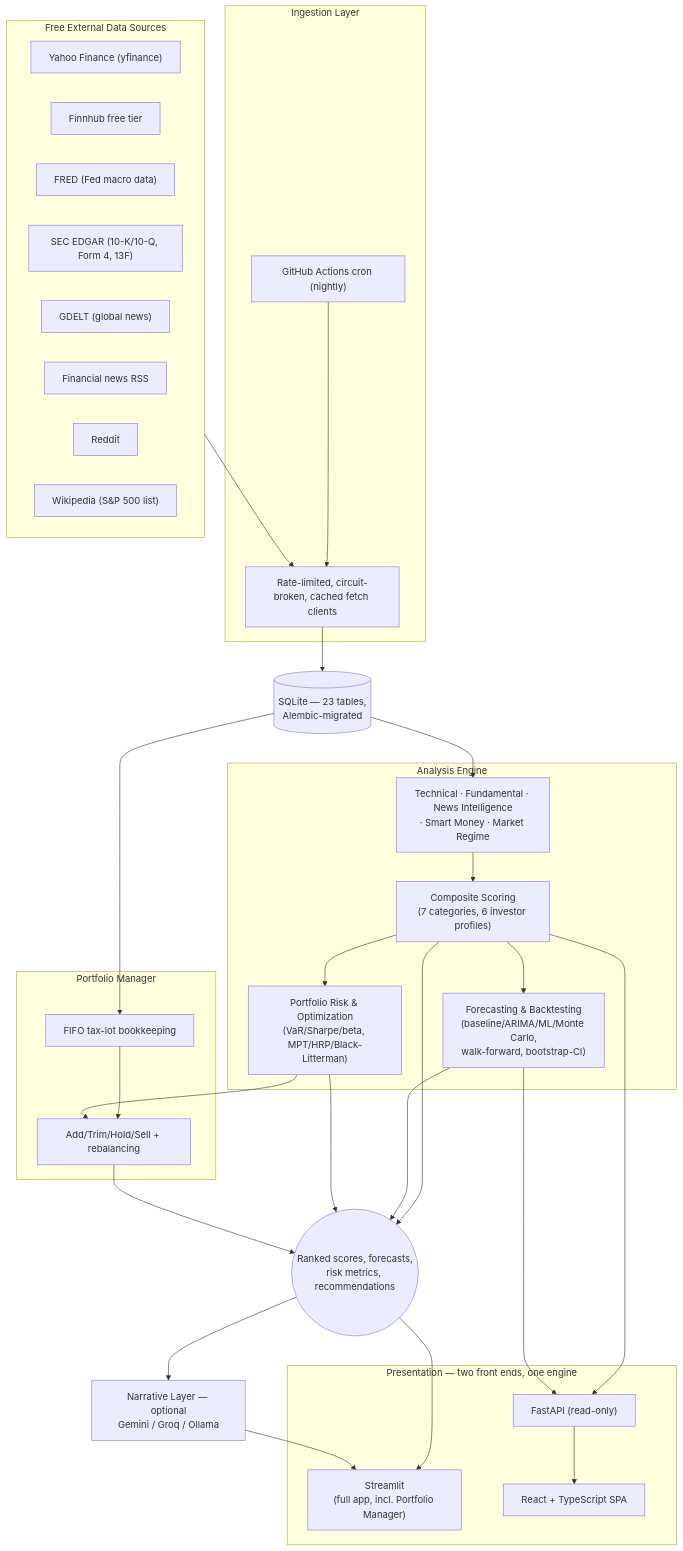
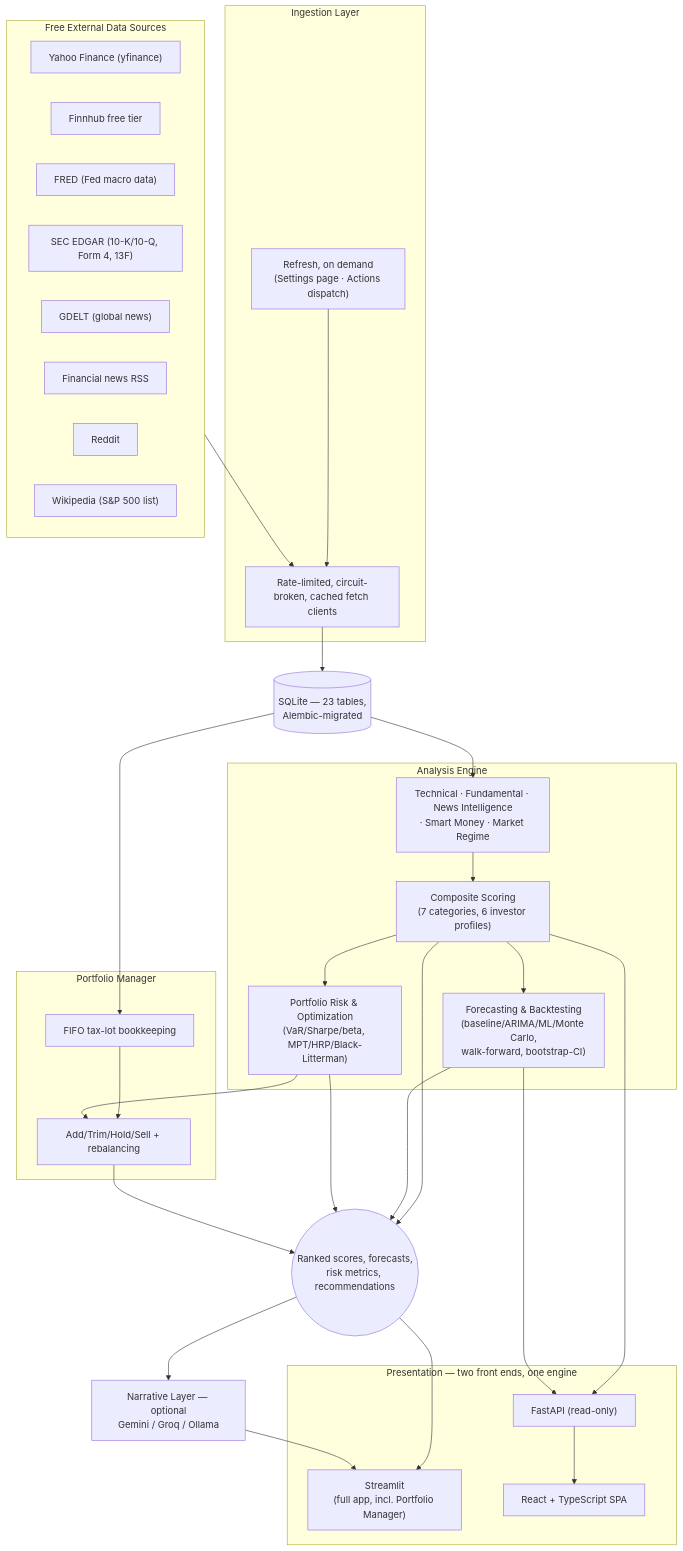
One commit to MarlenMM/quantpulse changed the diagram in README.md. Above: the diagram before and after it, drawn with Mermaid. The commit also changed other lines of this file and 14 other files, not shown here.

````diff
--- a/README.md
+++ b/README.md
@@ -38,56 +38,56 @@
 ```mermaid
 flowchart TB
     subgraph SRC["Free External Data Sources"]
         YF["Yahoo Finance (yfinance)"]
         FH["Finnhub free tier"]
         FRED["FRED (Fed macro data)"]
         EDGAR["SEC EDGAR (10-K/10-Q, Form 4, 13F)"]
         GDELT["GDELT (global news)"]
         RSS["Financial news RSS"]
         REDDIT["Reddit"]
         WIKI["Wikipedia (S&P 500 list)"]
     end
 
     subgraph ING["Ingestion Layer"]
-        SCHED["GitHub Actions cron (nightly)"]
+        SCHED["Refresh, on demand<br/>(Settings page · Actions dispatch)"]
         FETCH["Rate-limited, circuit-broken, cached fetch clients"]
     end
 
     DB[("SQLite — 23 tables,<br/>Alembic-migrated")]
 
     subgraph ENGINE["Analysis Engine"]
         SIGNALS["Technical · Fundamental · News Intelligence<br/>· Smart Money · Market Regime"]
         SCORE["Composite Scoring<br/>(7 categories, 6 investor profiles)"]
         FCST["Forecasting & Backtesting<br/>(baseline/ARIMA/ML/Monte Carlo,<br/>walk-forward, bootstrap-CI)"]
         RISK["Portfolio Risk & Optimization<br/>(VaR/Sharpe/beta, MPT/HRP/Black-Litterman)"]
     end
 
     subgraph PORT["Portfolio Manager"]
         TX["FIFO tax-lot bookkeeping"]
         REC["Add/Trim/Hold/Sell + rebalancing"]
     end
 
     OUT(("Ranked scores, forecasts,<br/>risk metrics, recommendations"))
 
     NARR["Narrative Layer — optional<br/>Gemini / Groq / Ollama"]
 
     subgraph APP["Presentation — two front ends, one engine"]
         ST["Streamlit<br/>(full app, incl. Portfolio Manager)"]
         API["FastAPI (read-only)"]
         REACT["React + TypeScript SPA"]
     end
 
     SRC --> FETCH
     SCHED --> FETCH
     FETCH --> DB
     DB --> SIGNALS --> SCORE
     SCORE --> FCST
     SCORE --> RISK
     DB --> TX --> REC
     RISK --> REC
     SCORE & FCST & RISK & REC --> OUT
     OUT --> NARR
     OUT --> ST
     NARR --> ST
     SCORE & FCST --> API --> REACT
 ```
````
